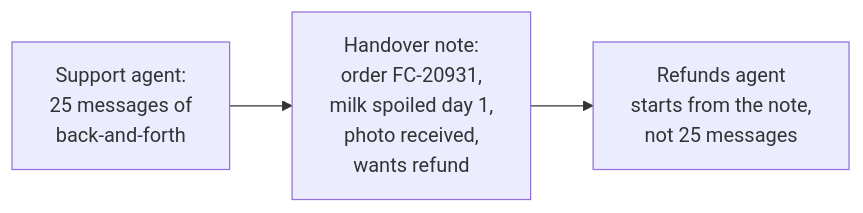
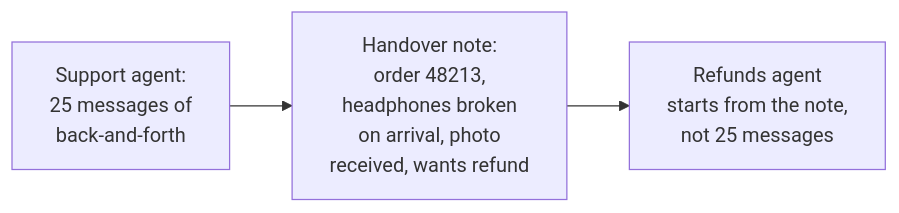
One commit to shubamchaudhary/CodeNITW changed the ninth of 9 diagrams in src/Data/aiStackDocs/CH-06.md. Above: the diagram before and after it, drawn with Mermaid. The commit also changed other lines of this file and 32 other files, not shown here.

````diff
--- a/src/Data/aiStackDocs/CH-06.md
+++ b/src/Data/aiStackDocs/CH-06.md
@@ -268,5 +268,5 @@
 ```mermaid
 flowchart LR
-    S["Support agent:<br/>25 messages of<br/>back-and-forth"] --> H["Handover note:<br/>order FC-20931,<br/>milk spoiled day 1,<br/>photo received,<br/>wants refund"]
+    S["Support agent:<br/>25 messages of<br/>back-and-forth"] --> H["Handover note:<br/>order 48213,<br/>headphones broken<br/>on arrival, photo<br/>received, wants refund"]
     H --> R["Refunds agent<br/>starts from the note,<br/>not 25 messages"]
 ```
````
